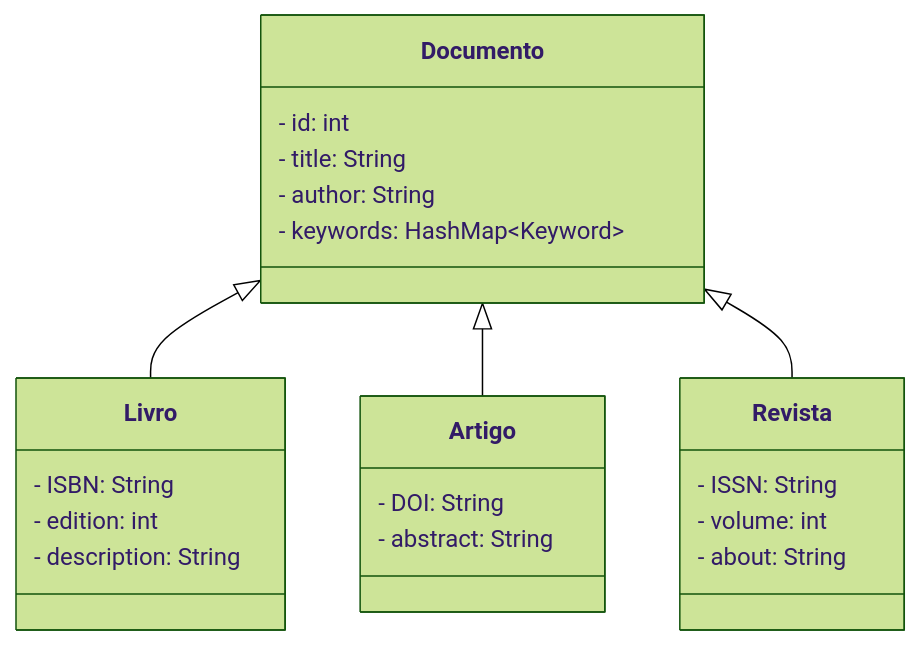
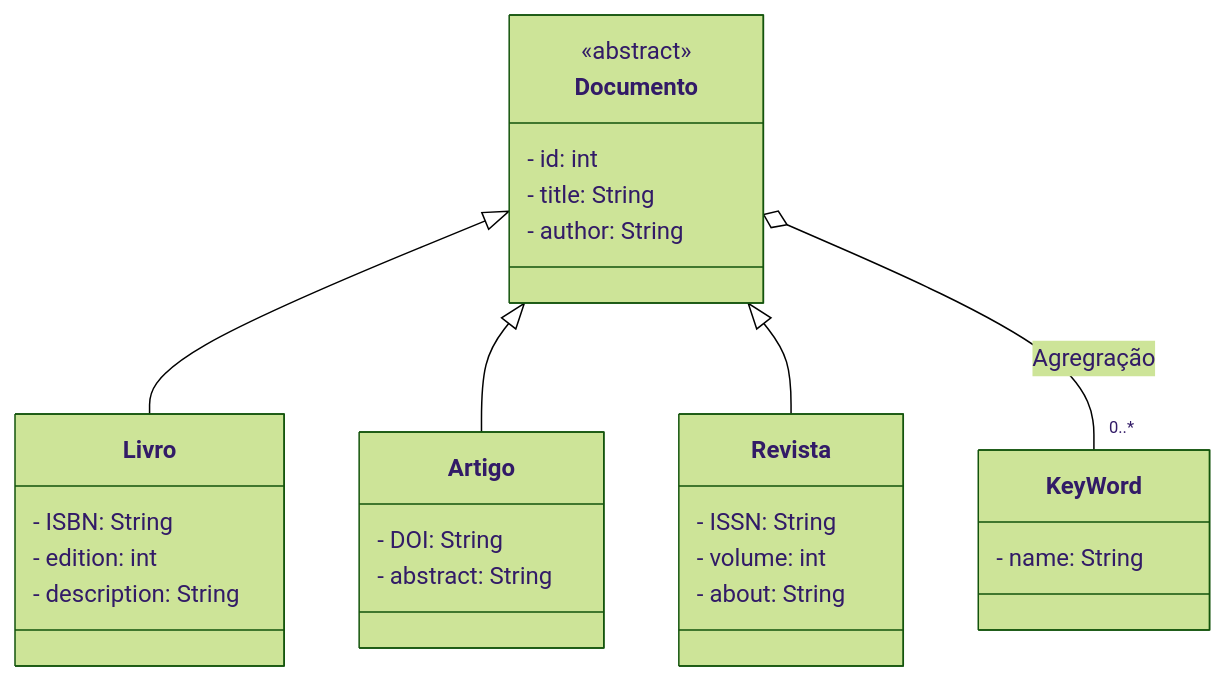
The diagram in README.md (RanulfoMNeto/Projeto-Engenharia-de-Software), drawn with Mermaid (forest theme) before and after one commit.

Commit message:
Modificação no diagrama UML

````diff
--- a/README.md
+++ b/README.md
@@ -52,27 +52,31 @@
 ```mermaid
     classDiagram
         Documento <|-- Livro
         Documento <|-- Artigo
         Documento <|-- Revista
+        Documento o-- "0..*" KeyWord : Agregração
         class Documento {
+            <<abstract>>
             - id: int
             - title: String
             - author: String
-            - keywords: HashMap~Keyword~
         }
         class Livro {
             - ISBN: String
             - edition: int
             - description: String
         }
         class Artigo {
             - DOI: String
             - abstract: String
         }
         class Revista {
             - ISSN: String
             - volume: int
             - about: String
         }
+        class KeyWord {
+            - name: String
+        }
 
 ```
````
